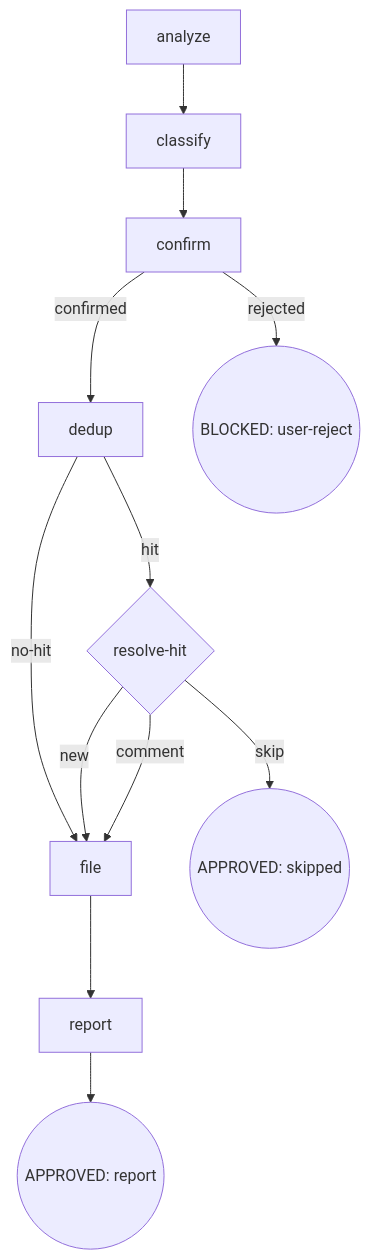
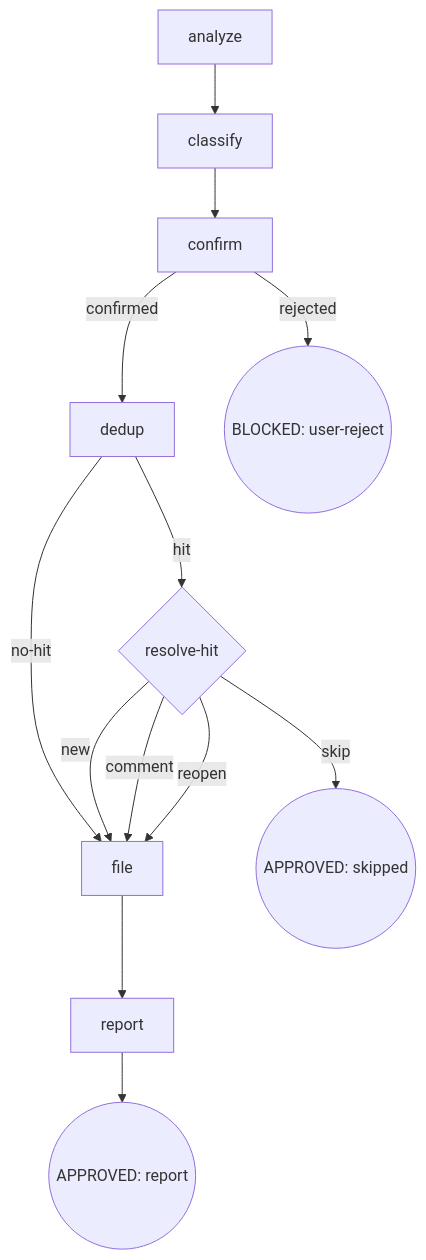
Before and after one commit to Oscaner/skills: the diagram in packages/osuperpowers/.agents/skills/osuperpowers/report-issue/SKILL.md, drawn with Mermaid. The commit also changed other lines of this file and 3 other files, not shown here.

Commit message:
refactor(report-issue): dedup closed issue detection, reopen+comment flow (#194)

````diff
--- a/packages/osuperpowers/.agents/skills/osuperpowers/report-issue/SKILL.md
+++ b/packages/osuperpowers/.agents/skills/osuperpowers/report-issue/SKILL.md
@@ -12,14 +12,15 @@
 ```mermaid
 flowchart TD
   A[analyze] --> B[classify]
   B --> C[confirm]
   C -->|confirmed| E[dedup]
   C -->|rejected| Z1((BLOCKED: user-reject))
   E -->|hit| F{resolve-hit}
   E -->|no-hit| G[file]
   F -->|new| G
   F -->|comment| G
+  F -->|reopen| G
   F -->|skip| H((APPROVED: skipped))
   G --> I[report]
   I --> J((APPROVED: report))
 ```
````
